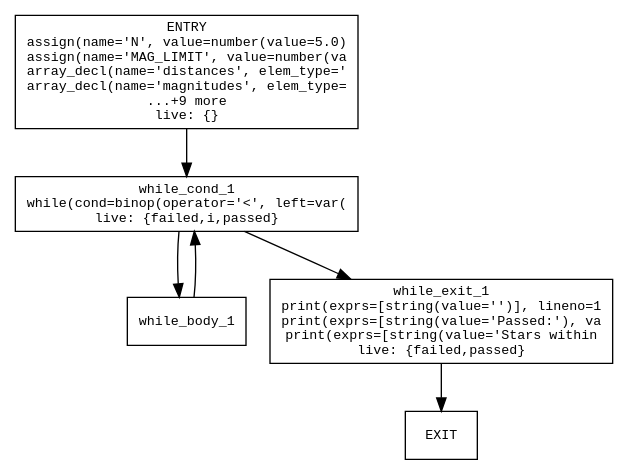
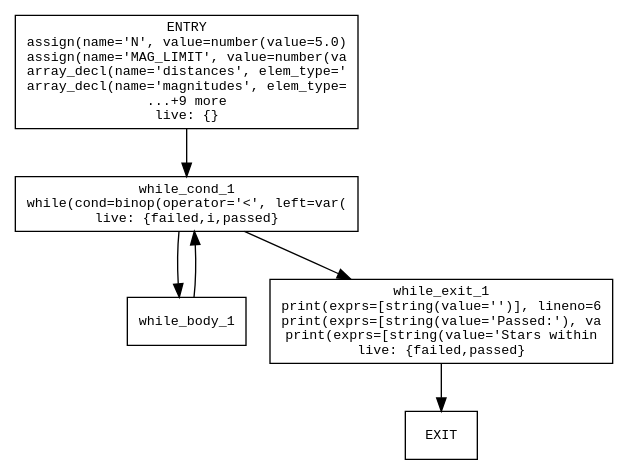
Before and after one commit to PoojithaYN/Lumen: the diagram in samples/demo_cfg.dot, drawn with Graphviz. The commit also changed 49 other files, not shown here.

```diff
--- a/samples/demo_cfg.dot
+++ b/samples/demo_cfg.dot
@@ -1,14 +1,14 @@
 digraph CFG {
   rankdir=TB;
   node [shape=box, fontname="Courier", fontsize=10];
   "ENTRY" [label="ENTRY\nassign(name='N', value=number(value=5.0)\nassign(name='MAG_LIMIT', value=number(va\narray_decl(name='distances', elem_type='\narray_decl(name='magnitudes', elem_type=\n...+9 more\nlive: {}"];
   "while_cond_1" [label="while_cond_1\nwhile(cond=binop(operator='<', left=var(\nlive: {failed,i,passed}"];
   "while_body_1" [label="while_body_1"];
-  "while_exit_1" [label="while_exit_1\nprint(exprs=[string(value='')], lineno=1\nprint(exprs=[string(value='Passed:'), va\nprint(exprs=[string(value='Stars within \nlive: {failed,passed}"];
+  "while_exit_1" [label="while_exit_1\nprint(exprs=[string(value='')], lineno=6\nprint(exprs=[string(value='Passed:'), va\nprint(exprs=[string(value='Stars within \nlive: {failed,passed}"];
   "EXIT" [label="EXIT"];
   "ENTRY" -> "while_cond_1";
   "while_cond_1" -> "while_body_1";
   "while_cond_1" -> "while_exit_1";
   "while_body_1" -> "while_cond_1";
   "while_exit_1" -> "EXIT";
 }
```
